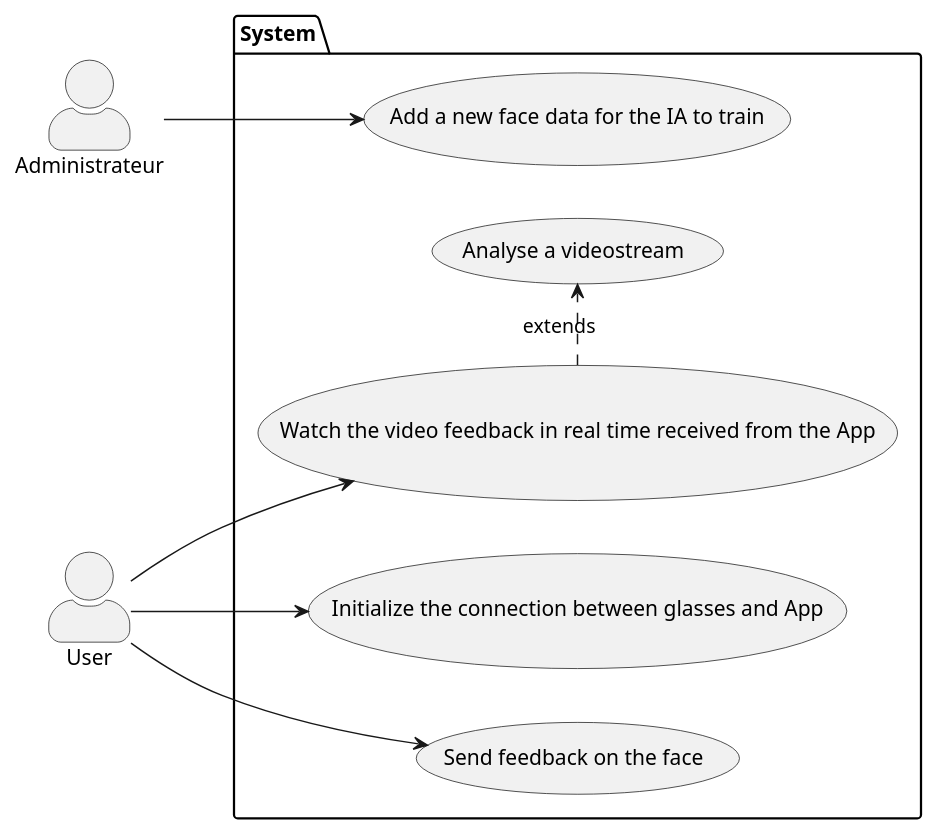
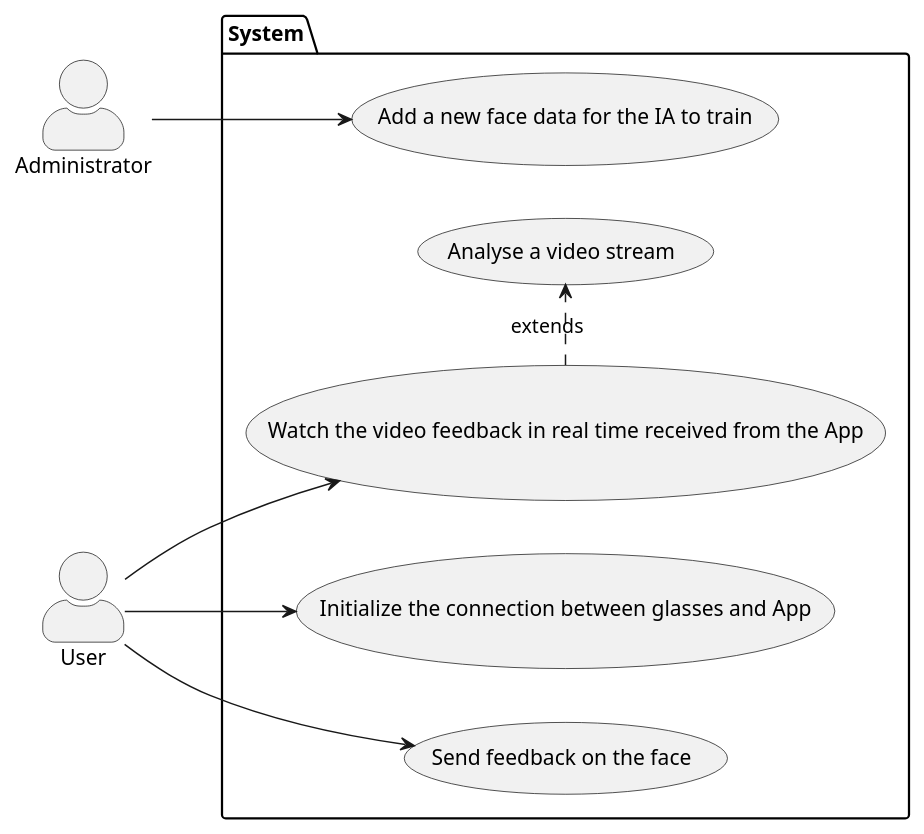
The diagram in sprint0/usecase_diagram.wsd (MariusLD/PROJET-ESIR2), drawn with PlantUML before and after one commit. The commit also changed 2 other files, not shown here.

```diff
--- a/sprint0/usecase_diagram.wsd
+++ b/sprint0/usecase_diagram.wsd
@@ -1,23 +1,23 @@
 @startuml
 left to right direction
 skinparam actorStyle awesome
-actor Administrateur as D
+actor Administrator as D
 actor User as U
 
 package System as A {
 usecase "Add a new face data for the IA to train" as UC1
 usecase "Initialize the connection between glasses and App" as UC2
 usecase "Watch the video feedback in real time received from the App" as UC3
 'usecase "Maintain the App / Release updates" as UC5
-usecase "Analyse a videostream" as UC6
+usecase "Analyse a video stream" as UC6
 usecase "Send feedback on the face" as UC7
 (UC3) .> (UC6) : extends
 }
 
 U --> UC2
 U --> UC3
 U --> UC7
 D --> UC1
 'D --> UC5
 
 @enduml
```
